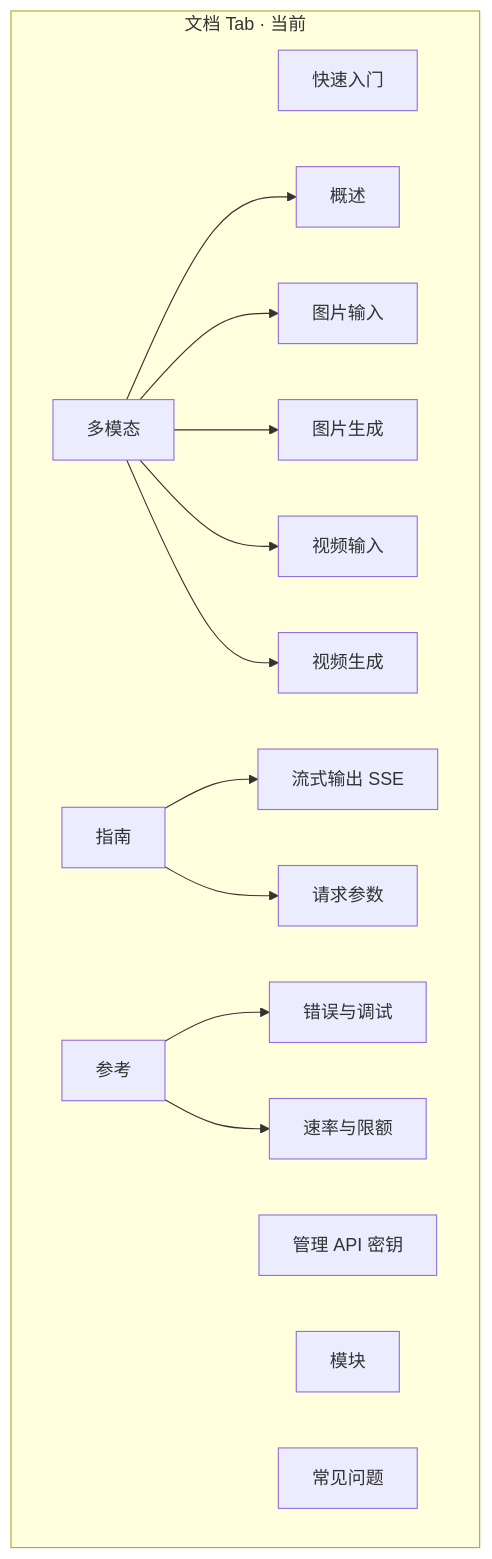
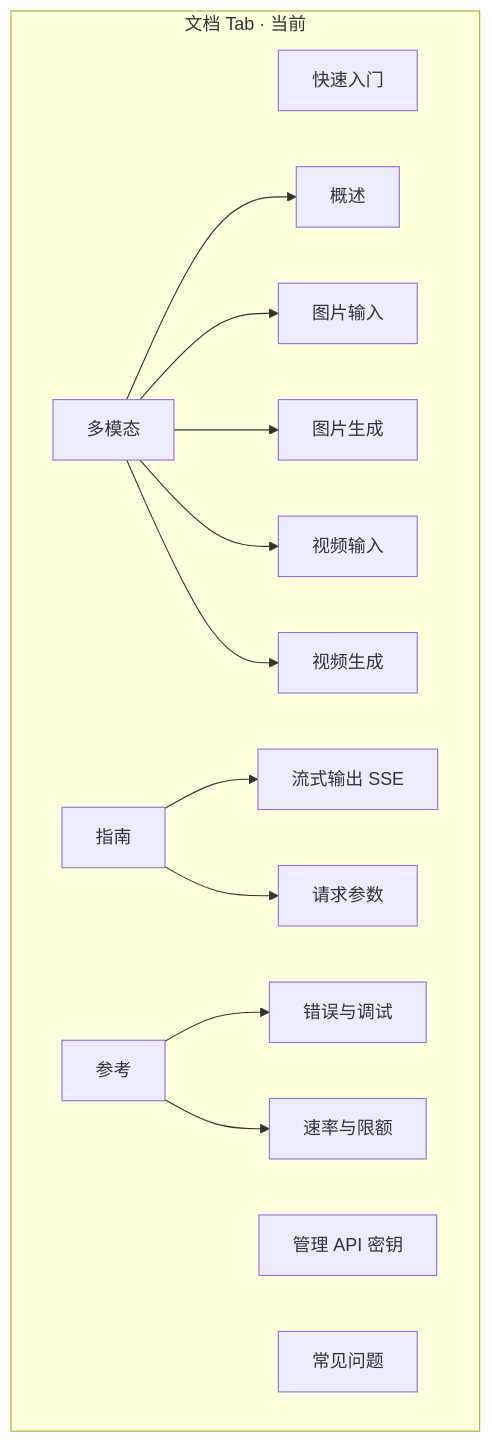
The third of 3 diagrams in apps/trinity-docs/README.md (chenximo/trinity-AI), drawn with Mermaid before and after one commit. The commit also changed other lines of this file and 34 other files, not shown here.

````diff
--- a/apps/trinity-docs/README.md
+++ b/apps/trinity-docs/README.md
@@ -185,21 +182,20 @@
 ```mermaid
 flowchart TB
   subgraph docs_now["文档 Tab · 当前"]
     C1[快速入门]
     C2[管理 API 密钥]
-    C3[模块]
     MM[多模态]
     MM --> M1[概述]
     MM --> M2[图片输入]
     MM --> M3[图片生成]
     MM --> M4[视频输入]
     MM --> M5[视频生成]
     G[指南]
     G --> G1[流式输出 SSE]
     G --> G2[请求参数]
     R[参考]
     R --> R1[错误与调试]
     R --> R2[速率与限额]
     C4[常见问题]
   end
 ```
````
